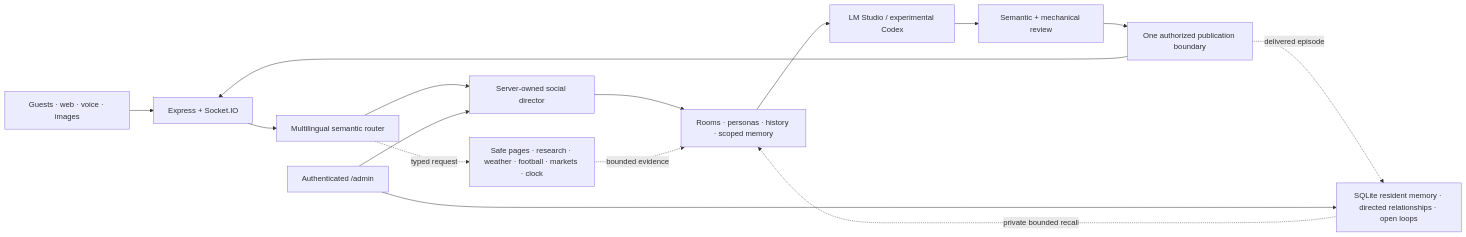
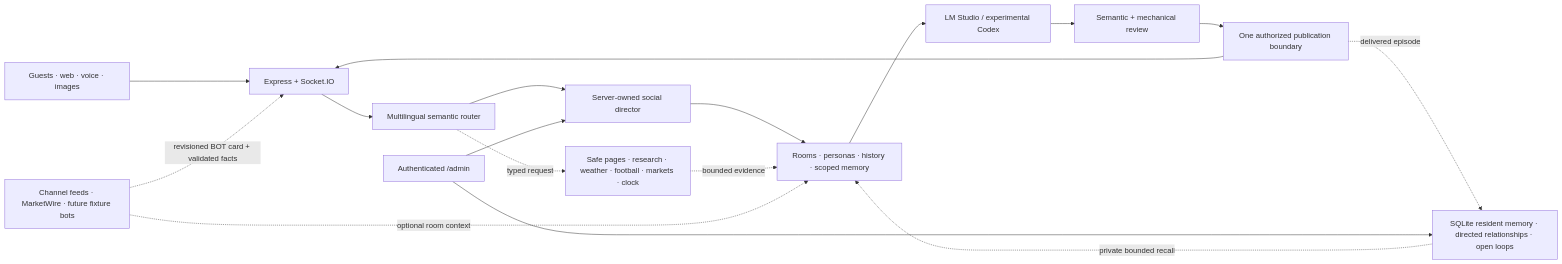
The diagram in README.md (Jawbreaker1/the-third-place), drawn with Mermaid before and after one commit. The commit also changed other lines of this file and 23 other files, not shown here.

Commit message:
feat: add generic channel feed bots and MarketWire

````diff
--- a/README.md
+++ b/README.md
@@ -283,17 +283,19 @@
 ```mermaid
 flowchart LR
     Guest["Guests · web · voice · images"] --> App["Express + Socket.IO"]
     App --> Router["Multilingual semantic router"]
     Router --> Director["Server-owned social director"]
     Director --> Context["Rooms · personas · history · scoped memory"]
     Context --> Provider["LM Studio / experimental Codex"]
     Provider --> Review["Semantic + mechanical review"]
     Review --> Publish["One authorized publication boundary"]
     Publish --> App
     Router -. "typed request" .-> Capabilities["Safe pages · research · weather · football · markets · clock"]
     Capabilities -. "bounded evidence" .-> Context
+    Feeds["Channel feeds · MarketWire · future fixture bots"] -. "revisioned BOT card + validated facts" .-> App
+    Feeds -. "optional room context" .-> Context
     Publish -. "delivered episode" .-> Memory["SQLite resident memory · directed relationships · open loops"]
     Memory -. "private bounded recall" .-> Context
     Admin["Authenticated /admin"] --> Director
     Admin --> Memory
 ```
````
